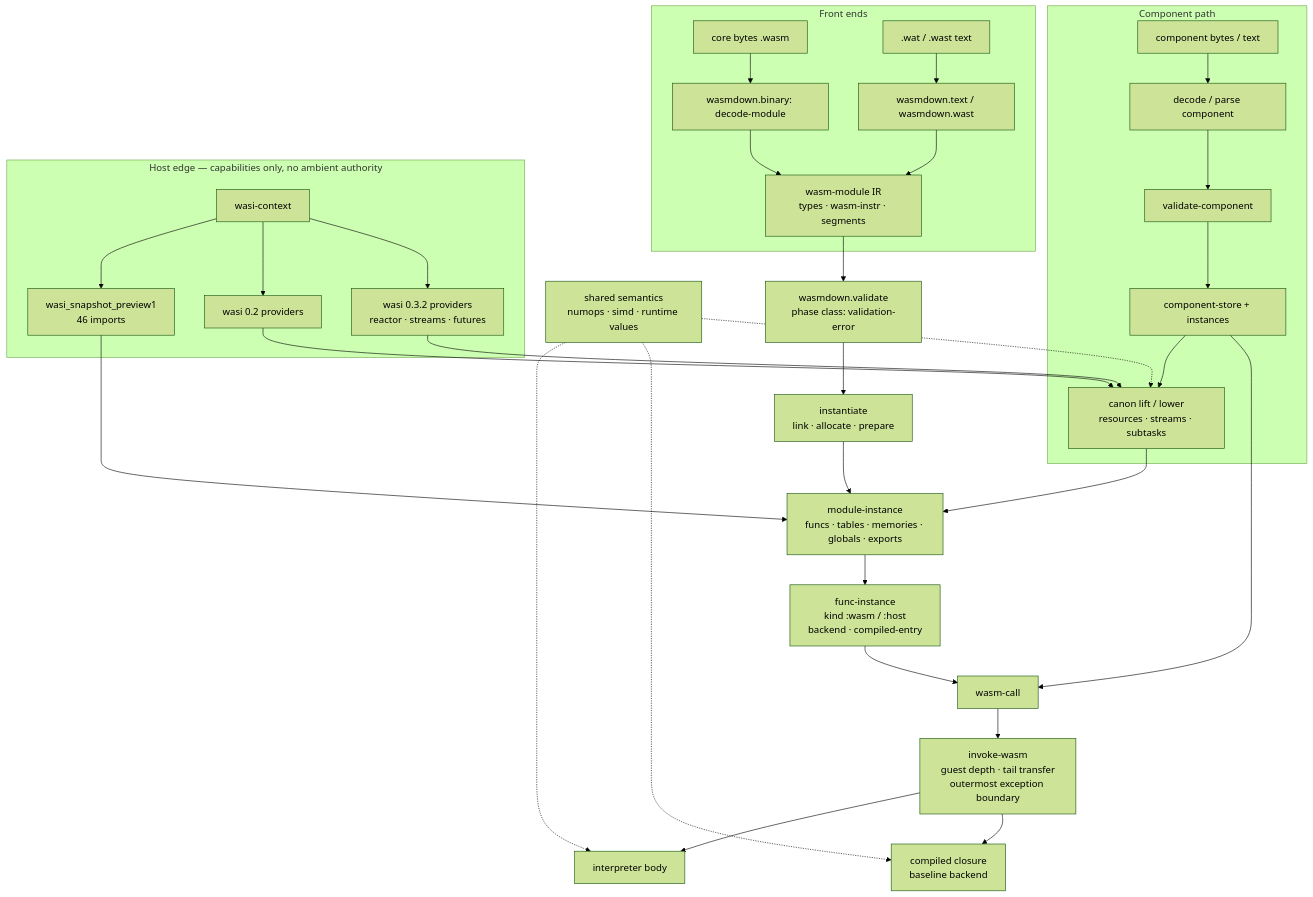
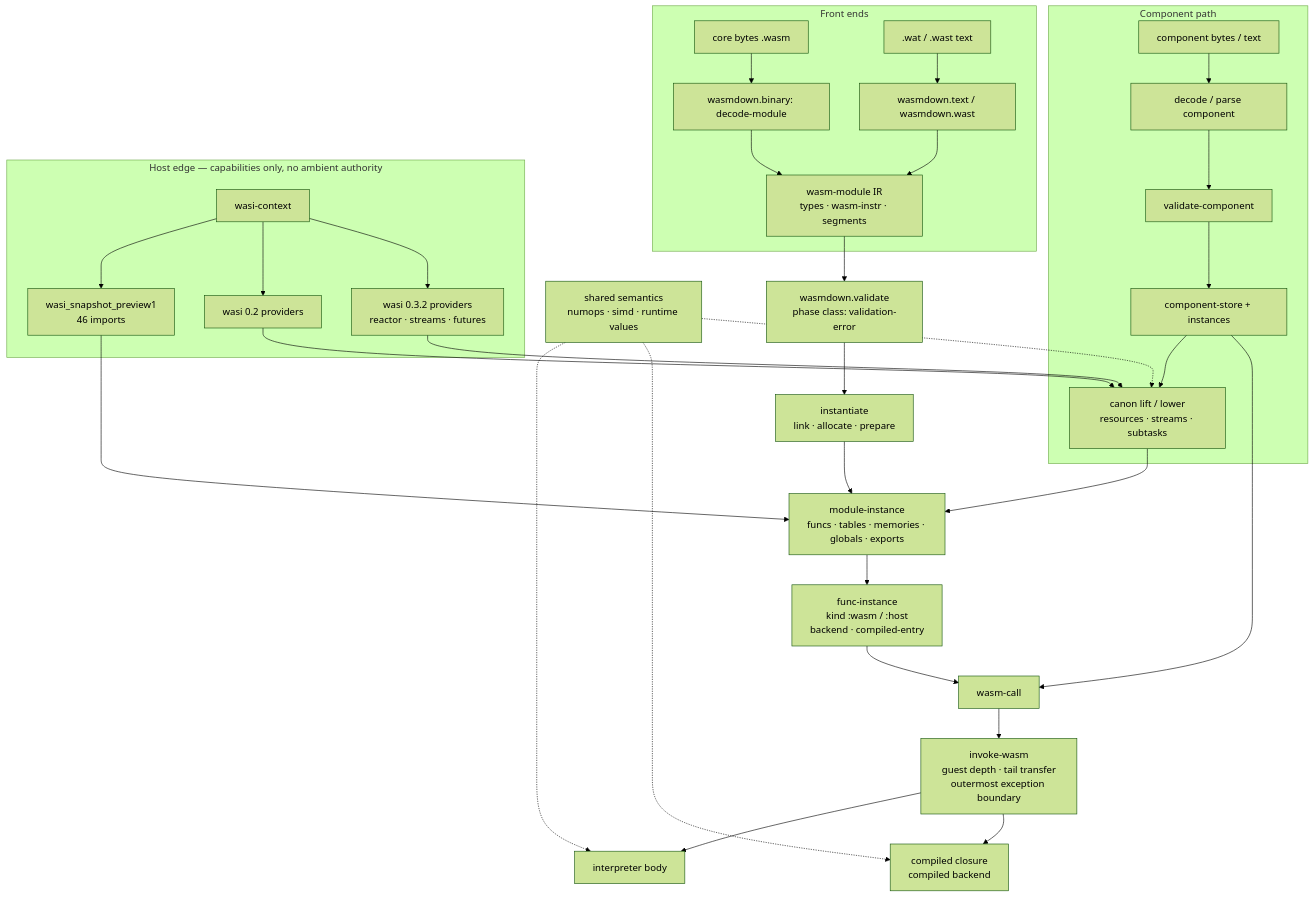
Before and after one commit to tani/wasmdown: the diagram in README.md, drawn with Mermaid (forest theme). The commit also changed other lines of this file and 48 other files, not shown here.

First line of the commit message:
rename the conservative backend :baseline -> :compiled

````diff
--- a/README.md
+++ b/README.md
@@ -35,41 +35,41 @@
 ```mermaid
 graph TD
   subgraph FRONT["Front ends"]
     BYTES["core bytes .wasm"] --> DECODE["wasmdown.binary: decode-module"]
     TEXT[".wat / .wast text"] --> PARSE["wasmdown.text / wasmdown.wast"]
     DECODE --> IR["wasm-module IR<br/>types · wasm-instr · segments"]
     PARSE --> IR
   end
 
   IR --> VALIDATE["wasmdown.validate<br/>phase class: validation-error"]
   VALIDATE --> INSTANTIATE["instantiate<br/>link · allocate · prepare"]
   INSTANTIATE --> INSTANCE["module-instance<br/>funcs · tables · memories · globals · exports"]
   INSTANCE --> FI["func-instance<br/>kind :wasm / :host<br/>backend · compiled-entry"]
 
   FI --> WC["wasm-call"]
   WC --> PROTOCOL["invoke-wasm<br/>guest depth · tail transfer<br/>outermost exception boundary"]
   PROTOCOL --> BODY_I["interpreter body"]
-  PROTOCOL --> BODY_C["compiled closure<br/>baseline backend"]
+  PROTOCOL --> BODY_C["compiled closure<br/>compiled backend"]
 
   subgraph COMPONENT["Component path"]
     CBIN["component bytes / text"] --> CDEC["decode / parse component"]
     CDEC --> CVALID["validate-component"]
     CVALID --> STORE["component-store + instances"]
     STORE --> CANON["canon lift / lower<br/>resources · streams · subtasks"]
   end
   CANON --> INSTANCE
   STORE --> WC
 
   subgraph HOST["Host edge — capabilities only, no ambient authority"]
     CTX["wasi-context"] --> P1["wasi_snapshot_preview1<br/>46 imports"]
     CTX --> P2["wasi 0.2 providers"]
     CTX --> P3["wasi 0.3.2 providers<br/>reactor · streams · futures"]
   end
   P1 --> INSTANCE
   P2 --> CANON
   P3 --> CANON
 
   SHARED["shared semantics<br/>numops · simd · runtime values"] -.-> BODY_I
   SHARED -.-> BODY_C
   SHARED -.-> CANON
 ```
````
